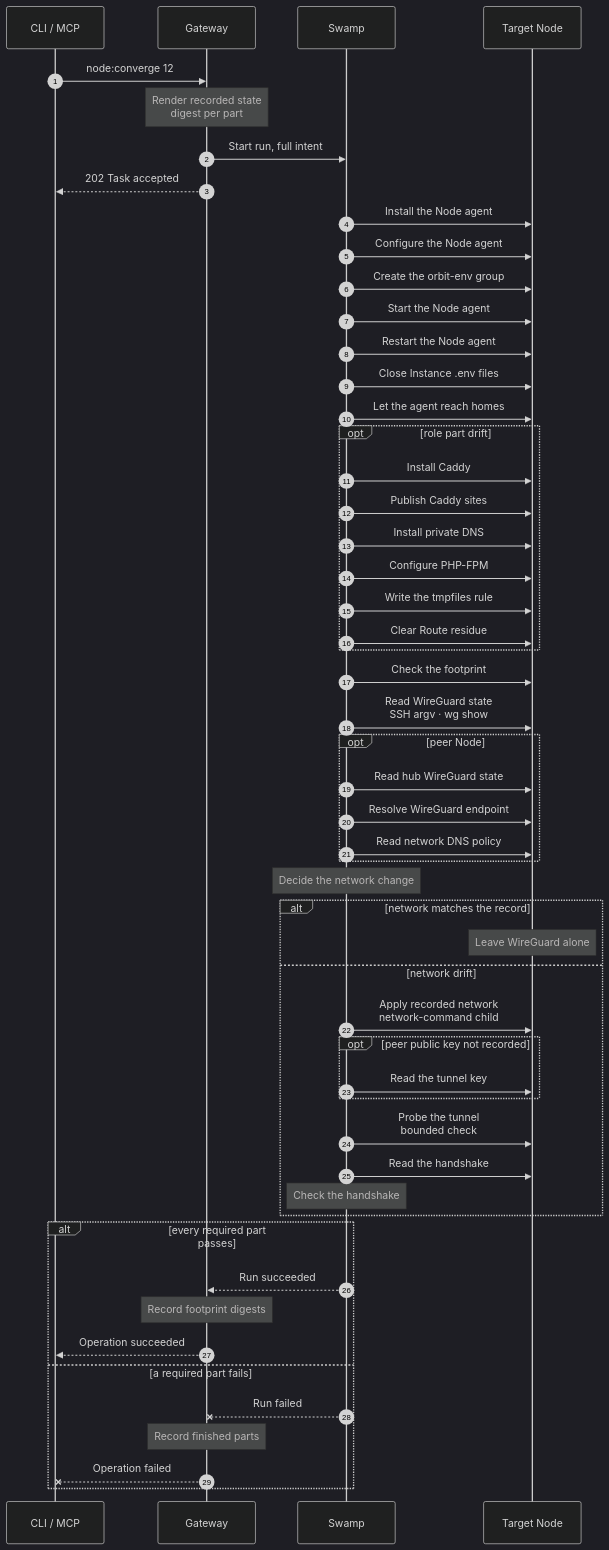
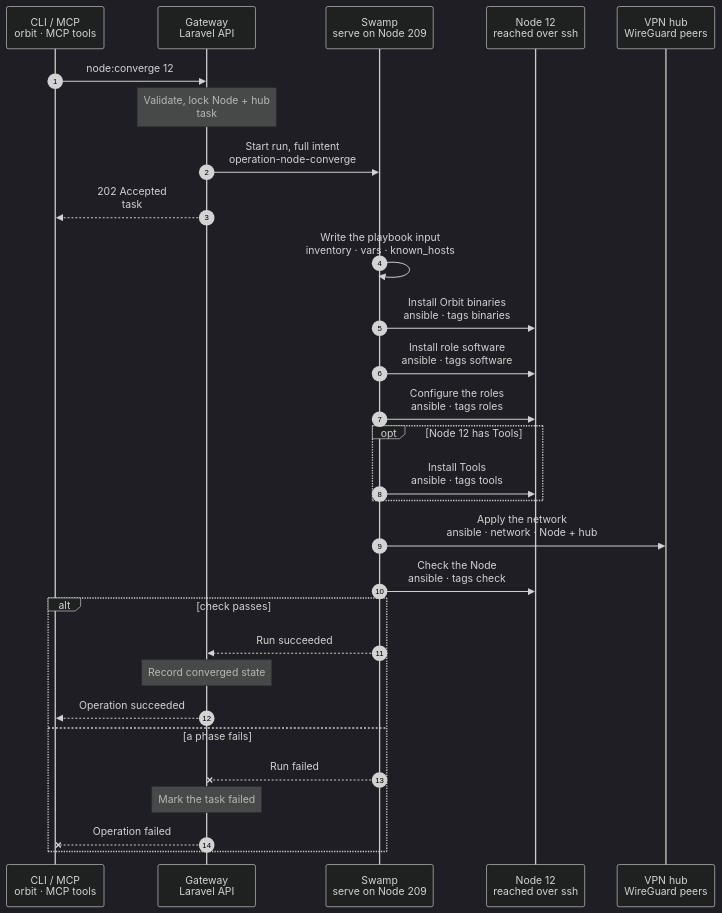
Before and after one commit to hardimpactdev/orbit: the diagram in docs/cli/node/converge.mmd, drawn with Mermaid (dark theme). The commit also changed 12 other files, not shown here.

First line of the commit message:
docs: design tested fleet software updates (ADR 0247 and charts)

```diff
--- a/docs/cli/node/converge.mmd
+++ b/docs/cli/node/converge.mmd
@@ -1,63 +1,66 @@
 sequenceDiagram
-  %% status: migrated
+  %% Target design: fleet maintenance redesign 2026-11-03 (recipe.json read by Ansible, Tools phase last, recipe packages held). docs/reference/node-provisioning.md#converge-the-orbit-footprint.
+  %% status: draft
   %% command: node:converge
   %% kind: node.converge
   autonumber
   %% lane CLI icon=terminal pill=caller tone=gray
   %% lane GW icon=gateway pill=intent tone=blue
   %% lane SW icon=workflow pill=executes tone=green
   %% lane N icon=server pill=target tone=amber
-  participant CLI as CLI / MCP
-  participant GW as Gateway
-  participant SW as Swamp
-  participant N as Target Node
+  %% lane H icon=server pill=target tone=purple
+  participant CLI as CLI / MCP<br/>orbit · MCP tools
+  participant GW as Gateway<br/>Laravel API
+  participant SW as Swamp<br/>serve on Node 209
+  participant N as Node 12<br/>reached over ssh
+  participant H as VPN hub<br/>WireGuard peers
   CLI->>GW: node:converge 12
-  Note over GW: Render recorded state<br/>digest per part
-  GW->>SW: Start run, full intent
-  GW-->>CLI: 202 Task accepted
-  SW->>N: Install the Node agent
-  SW->>N: Configure the Node agent
-  SW->>N: Create the orbit-env group
-  SW->>N: Start the Node agent
-  SW->>N: Restart the Node agent
-  SW->>N: Close Instance .env files
-  SW->>N: Let the agent reach homes
-  opt role part drift
-    SW->>N: Install Caddy
-    SW->>N: Publish Caddy sites
-    SW->>N: Install private DNS
-    SW->>N: Configure PHP-FPM
-    SW->>N: Write the tmpfiles rule
-    SW->>N: Clear Route residue
-    %%> Residue cleanup is best effort.
+  %%> Command:
+  %%> - `orbit node:converge 12`
+  %%> - syntax: `<node> [--idempotency-key=KEY] [--json]`
+  Note over GW: Validate, lock Node + hub<br/>task #5180
+  %%> Requirements:
+  %%> - your Node has an access grant to Node 12
+  %%> - Node 12 is an active, managed Linux Node
+  %%> Builds:
+  %%> - targets only: Node 12, its active roles, its Tools, its recorded network, and the hub
+  %%> - no versions: the playbooks read them from the release's recipe.json
+  GW->>SW: Start run, full intent<br/>operation-node-converge
+  GW-->>CLI: 202 Accepted<br/>task #5180
+  SW->>SW: Write the playbook input<br/>inventory · vars · known_hosts
+  %%> Why:
+  %%> - the intent is too large for one environment value, so it goes to a 0600 run file
+  SW->>N: Install Orbit binaries<br/>ansible · tags binaries
+  %%> Why first:
+  %%> - later phases and Doctor rely on the agent's facts and the orbit-env group
+  %%> - the CLI comes with it, so one converge brings a Node fully to the release
+  SW->>N: Install role software<br/>ansible · tags software
+  %%> Why:
+  %%> - installs the recipe's common and role tools at their pins, then holds them
+  %%> - the hold keeps Tools from moving tested software; Ubuntu `-security` updates still pass
+  SW->>N: Configure the roles<br/>ansible · tags roles
+  opt Node 12 has Tools
+    SW->>N: Install Tools<br/>ansible · tags tools
+    %%> Why last:
+    %%> - a Tool that needs another version of a held package fails alone; role software stays as tested
+    %%> On a Tool failure:
+    %%> - the phase goes on with the other Tools and returns each Tool's result; the Gateway marks only that Tool failed
   end
-  SW->>N: Check the footprint
-  SW->>N: Read WireGuard state<br/>SSH argv · wg show
-  opt peer Node
-    SW->>N: Read hub WireGuard state
-    SW->>N: Resolve WireGuard endpoint
-    SW->>N: Read network DNS policy
-  end
-  Note over SW: Decide the network change
-  alt network matches the record
-    Note over N: Leave WireGuard alone
-  else network drift
-    SW->>N: Apply recorded network<br/>network-command child
-    %%> Holds the Node and hub locks; the VPN Node publishes all recorded peers.
-    opt peer public key not recorded
-      SW->>N: Read the tunnel key
-    end
-    SW->>N: Probe the tunnel<br/>bounded check
-    %%> Peer ICMP is best effort; the handshake decides. The hub skips ICMP.
-    SW->>N: Read the handshake
-    Note over SW: Check the handshake
-  end
-  alt every required part passes
+  SW->>H: Apply the network<br/>ansible · network · Node + hub
+  %%> Why one phase on both Nodes:
+  %%> - the peer and the hub change together; Ansible runs them in parallel
+  %%> - no drift writes no file and reloads nothing
+  SW->>N: Check the Node<br/>ansible · tags check
+  %%> Why:
+  %%> - the one end check: role software, units, sites and a recent handshake
+  alt check passes
     SW-->>GW: Run succeeded
-    Note over GW: Record footprint digests
+    Note over GW: Record converged state
     GW-->>CLI: Operation succeeded
-  else a required part fails
+  else a phase fails
     SW--xGW: Run failed
-    Note over GW: Record finished parts
+    %%> On failure:
+    %%> - nothing is rolled back; a rerun starts from the first phase and skips what matches
+    Note over GW: Mark the task failed
     GW--xCLI: Operation failed
   end
```
